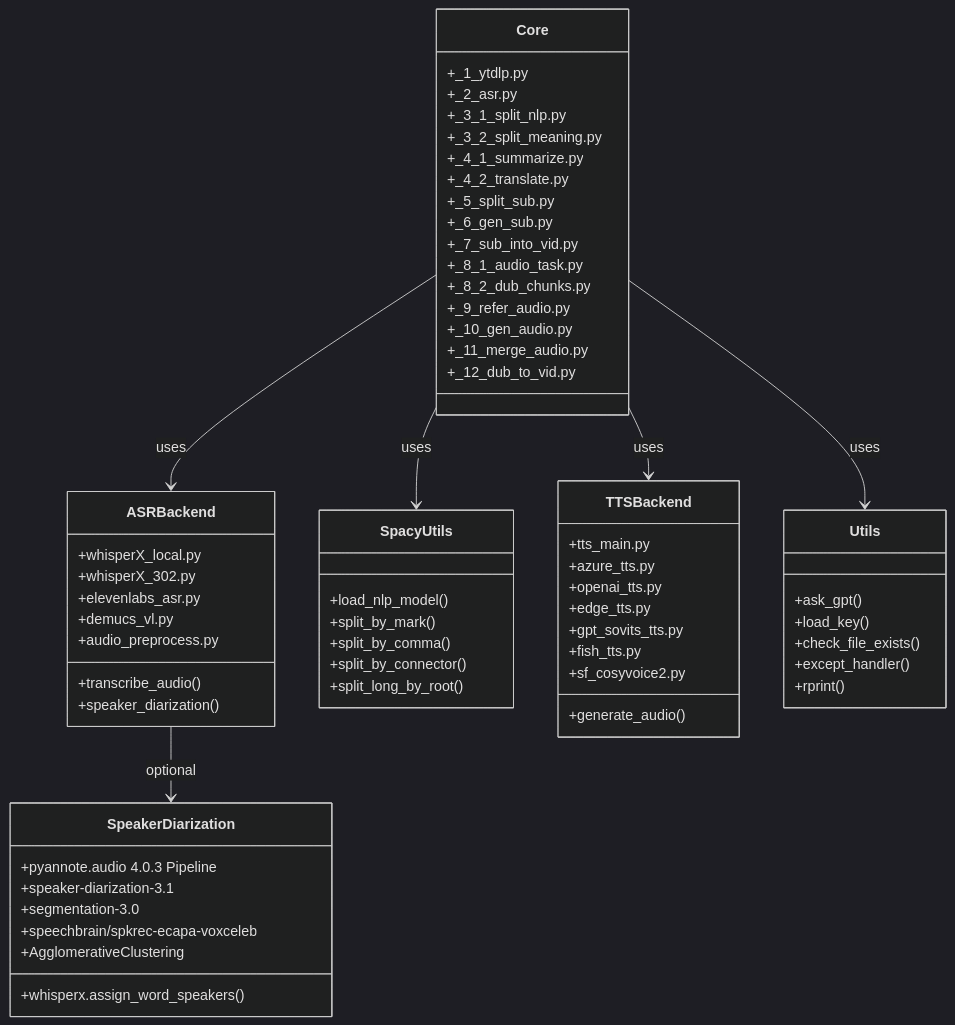
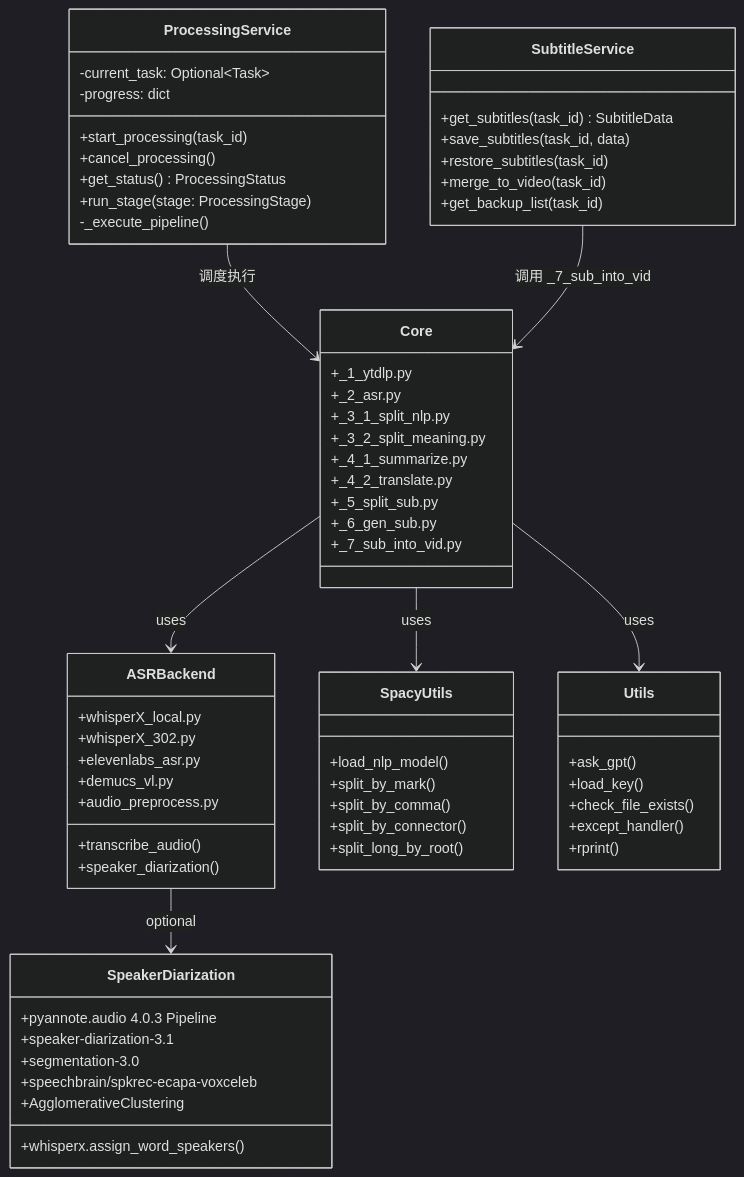
One commit to NuoManDai/VedioAITranslateSub changed diagram 15 of 21 in docs/ARCHITECTURE.md. Above: the diagram before and after it, drawn with Mermaid (dark theme). The commit also changed other lines of this file and 1 other file, not shown here.

````diff
--- a/docs/ARCHITECTURE.md
+++ b/docs/ARCHITECTURE.md
@@ -794,72 +997,74 @@
 ```mermaid
 classDiagram
     class Core {
         +_1_ytdlp.py
         +_2_asr.py
         +_3_1_split_nlp.py
         +_3_2_split_meaning.py
         +_4_1_summarize.py
         +_4_2_translate.py
         +_5_split_sub.py
         +_6_gen_sub.py
         +_7_sub_into_vid.py
-        +_8_1_audio_task.py
-        +_8_2_dub_chunks.py
-        +_9_refer_audio.py
-        +_10_gen_audio.py
-        +_11_merge_audio.py
-        +_12_dub_to_vid.py
     }
     
     class ASRBackend {
         +whisperX_local.py
         +whisperX_302.py
         +elevenlabs_asr.py
         +demucs_vl.py
         +audio_preprocess.py
         +transcribe_audio()
         +speaker_diarization()
     }
     
     class SpeakerDiarization {
         +pyannote.audio 4.0.3 Pipeline
         +speaker-diarization-3.1
         +segmentation-3.0
         +speechbrain/spkrec-ecapa-voxceleb
         +AgglomerativeClustering
         +whisperx.assign_word_speakers()
     }
     
     class SpacyUtils {
         +load_nlp_model()
         +split_by_mark()
         +split_by_comma()
         +split_by_connector()
         +split_long_by_root()
     }
     
-    class TTSBackend {
-        +tts_main.py
-        +azure_tts.py
-        +openai_tts.py
-        +edge_tts.py
-        +gpt_sovits_tts.py
-        +fish_tts.py
-        +sf_cosyvoice2.py
-        +generate_audio()
+    class ProcessingService {
+        -current_task: Optional~Task~
+        -progress: dict
+        +start_processing(task_id)
+        +cancel_processing()
+        +get_status() ProcessingStatus
+        +run_stage(stage: ProcessingStage)
+        -_execute_pipeline()
+    }
+    
+    class SubtitleService {
+        +get_subtitles(task_id) SubtitleData
+        +save_subtitles(task_id, data)
+        +restore_subtitles(task_id)
+        +merge_to_video(task_id)
+        +get_backup_list(task_id)
     }
     
     class Utils {
         +ask_gpt()
         +load_key()
         +check_file_exists()
         +except_handler()
         +rprint()
     }
     
+    ProcessingService --> Core : 调度执行
     Core --> ASRBackend : uses
     ASRBackend --> SpeakerDiarization : optional
     Core --> SpacyUtils : uses
-    Core --> TTSBackend : uses
     Core --> Utils : uses
+    SubtitleService --> Core : 调用 _7_sub_into_vid
 ```
````
